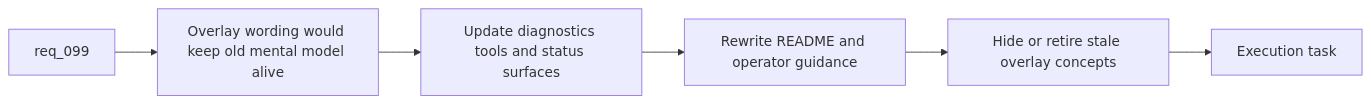
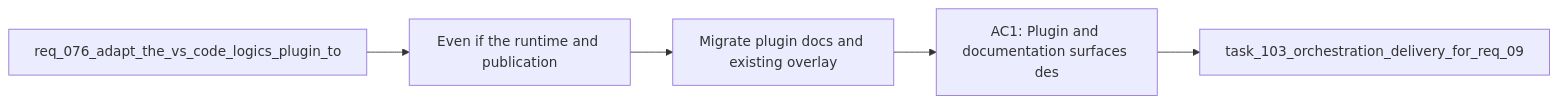
One commit to AlexAgo83/logics-manager changed the diagram in logics/backlog/item_169_migrate_plugin_docs_and_existing_overlay_ux_to_the_global_published_kit_model.md. Above: the diagram before and after it, drawn with Mermaid. The commit also changed 481 other files, not shown here.

````diff
--- a/logics/backlog/item_169_migrate_plugin_docs_and_existing_overlay_ux_to_the_global_published_kit_model.md
+++ b/logics/backlog/item_169_migrate_plugin_docs_and_existing_overlay_ux_to_the_global_published_kit_model.md
@@ -29,10 +29,9 @@
 ```mermaid
 %% logics-kind: backlog
 %% logics-signature: backlog|migrate-plugin-docs-and-existing-overlay|req-076-adapt-the-vs-code-logics-plugin-|even-if-the-runtime-and-publication|ac1-plugin-and-documentation-surfaces-de
 flowchart LR
-    Request[req_099] --> Problem[Overlay wording would keep old mental model alive]
-    Problem --> Plugin[Update diagnostics tools and status surfaces]
-    Plugin --> Docs[Rewrite README and operator guidance]
-    Docs --> Retire[Hide or retire stale overlay concepts]
-    Retire --> Done[Execution task]
+    Request[req_076_adapt_the_vs_code_logics_plugin_to] --> Problem[Even if the runtime and publication]
+    Problem --> Scope[Migrate plugin docs and existing overlay]
+    Scope --> Acceptance[AC1: Plugin and documentation surfaces des]
+    Acceptance --> Tasks[task_103_orchestration_delivery_for_req_09]
 ```
````
